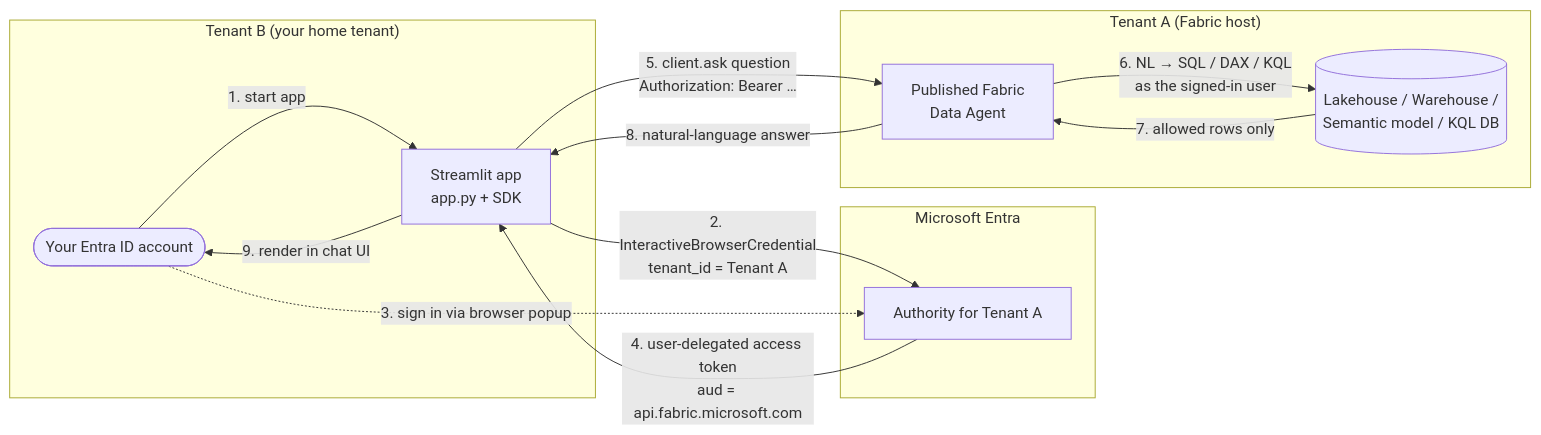
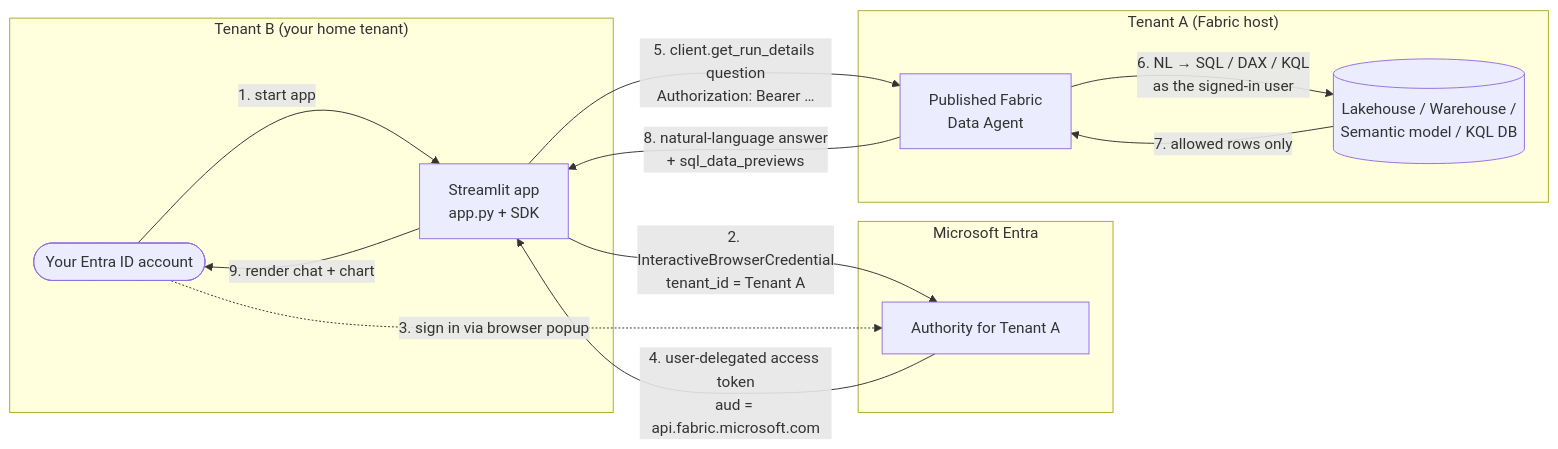
The first of 3 diagrams in README.md (edhotp/MsFabric_MsFoundry_Agent_CrossTenant), drawn with Mermaid before and after one commit. The commit also changed other lines of this file and 2 other files, not shown here.

````diff
--- a/README.md
+++ b/README.md
@@ -53,23 +90,23 @@
 ```mermaid
 flowchart LR
     subgraph TenantB["Tenant B (your home tenant)"]
         U([Your Entra ID account])
         APP[Streamlit app<br/>app.py + SDK]
     end
     subgraph Entra["Microsoft Entra"]
         EA[Authority for Tenant A]
     end
     subgraph TenantA["Tenant A (Fabric host)"]
         FDA[Published Fabric<br/>Data Agent]
         DS[(Lakehouse / Warehouse /<br/>Semantic model / KQL DB)]
     end
     U -->|1. start app| APP
     APP -->|2. InteractiveBrowserCredential<br/>tenant_id = Tenant A| EA
     U -.->|3. sign in via browser popup| EA
     EA -->|4. user-delegated access token<br/>aud = api.fabric.microsoft.com| APP
-    APP -->|5. client.ask question<br/>Authorization: Bearer …| FDA
+    APP -->|5. client.get_run_details question<br/>Authorization: Bearer …| FDA
     FDA -->|6. NL → SQL / DAX / KQL<br/>as the signed-in user| DS
     DS -->|7. allowed rows only| FDA
-    FDA -->|8. natural-language answer| APP
-    APP -->|9. render in chat UI| U
+    FDA -->|8. natural-language answer<br/>+ sql_data_previews| APP
+    APP -->|9. render chat + chart| U
 ```
````
